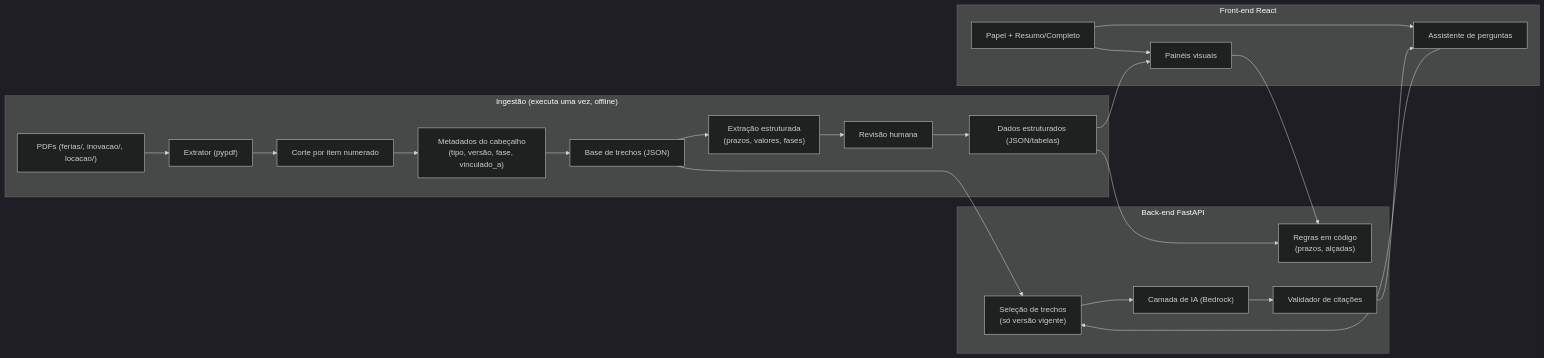
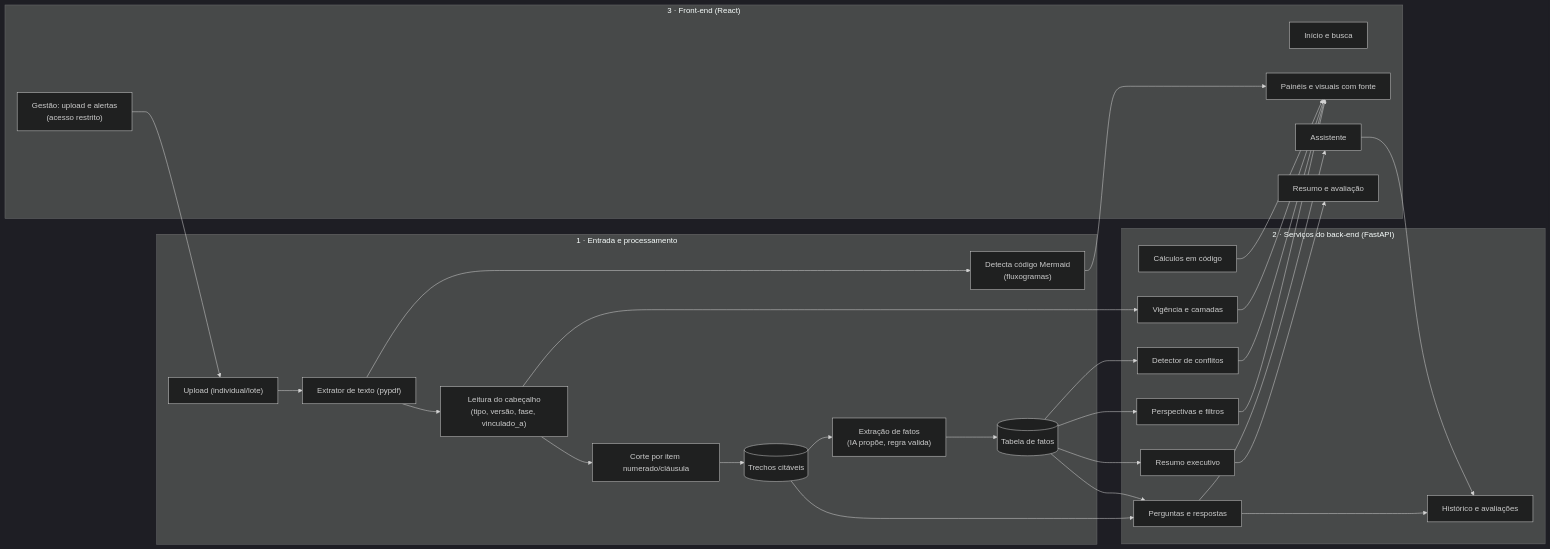
Before and after one commit to gabrielvictalino/hacka-ts: the diagram in docs/ARQUITETURA.md, drawn with Mermaid (dark theme). The commit also changed other lines of this file, not shown here.

````diff
--- a/docs/ARQUITETURA.md
+++ b/docs/ARQUITETURA.md
@@ -105,33 +177,42 @@
 ```mermaid
 flowchart LR
-    subgraph Ingestao["Ingestão (executa uma vez, offline)"]
-        PDF["PDFs (ferias/, inovacao/, locacao/)"] --> EXT["Extrator (pypdf)"]
-        EXT --> CHUNK["Corte por item numerado"]
-        CHUNK --> META["Metadados do cabeçalho\n(tipo, versão, fase, vinculado_a)"]
-        META --> JSON["Base de trechos (JSON)"]
-        JSON --> ESTR["Extração estruturada\n(prazos, valores, fases)"]
-        ESTR --> REV["Revisão humana"]
-        REV --> DADOS["Dados estruturados (JSON/tabelas)"]
+    subgraph Entrada["1 · Entrada e processamento"]
+        UP["Upload (individual/lote)"] --> EXT["Extrator de texto (pypdf)"]
+        EXT --> CAB["Leitura do cabeçalho\n(tipo, versão, fase, vinculado_a)"]
+        CAB --> CORTE["Corte por item numerado/cláusula"]
+        CORTE --> TRECHOS[("Trechos citáveis")]
+        TRECHOS --> FAT["Extração de fatos\n(IA propõe, regra valida)"]
+        FAT --> FATOS[("Tabela de fatos")]
+        EXT --> MERM["Detecta código Mermaid\n(fluxogramas)"]
     end
 
-    subgraph API["Back-end FastAPI"]
-        SEL["Seleção de trechos\n(só versão vigente)"]
-        CALC["Regras em código\n(prazos, alçadas)"]
-        LLM["Camada de IA (Bedrock)"]
-        VAL["Validador de citações"]
+    subgraph Servico["2 · Serviços do back-end (FastAPI)"]
+        PERS["Perspectivas e filtros"]
+        QA["Perguntas e respostas"]
+        CONF["Detector de conflitos"]
+        VIG["Vigência e camadas"]
+        RES["Resumo executivo"]
+        FB["Histórico e avaliações"]
+        CALC["Cálculos em código"]
     end
 
-    subgraph Front["Front-end React"]
-        PAINEL["Painéis visuais"]
-        CHAT["Assistente de perguntas"]
-        PERFIL["Papel + Resumo/Completo"]
+    subgraph Front["3 · Front-end (React)"]
+        HOME["Início e busca"]
+        PAIN["Painéis e visuais com fonte"]
+        CHAT["Assistente"]
+        REL["Resumo e avaliação"]
+        GEST["Gestão: upload e alertas\n(acesso restrito)"]
+        GEST --> UP
     end
 
-    JSON --> SEL
-    DADOS --> CALC
-    PERFIL --> PAINEL
-    PERFIL --> CHAT
-    CHAT --> SEL --> LLM --> VAL --> CHAT
-    PAINEL --> CALC
-    DADOS --> PAINEL
+    FATOS --> PERS --> PAIN
+    FATOS --> CONF --> PAIN
+    FATOS --> RES --> REL
+    TRECHOS --> QA --> CHAT
+    FATOS --> QA
+    CAB --> VIG --> PAIN
+    MERM --> PAIN
+    CALC --> PAIN
+    QA --> FB
+    CHAT --> FB
 ```
````
